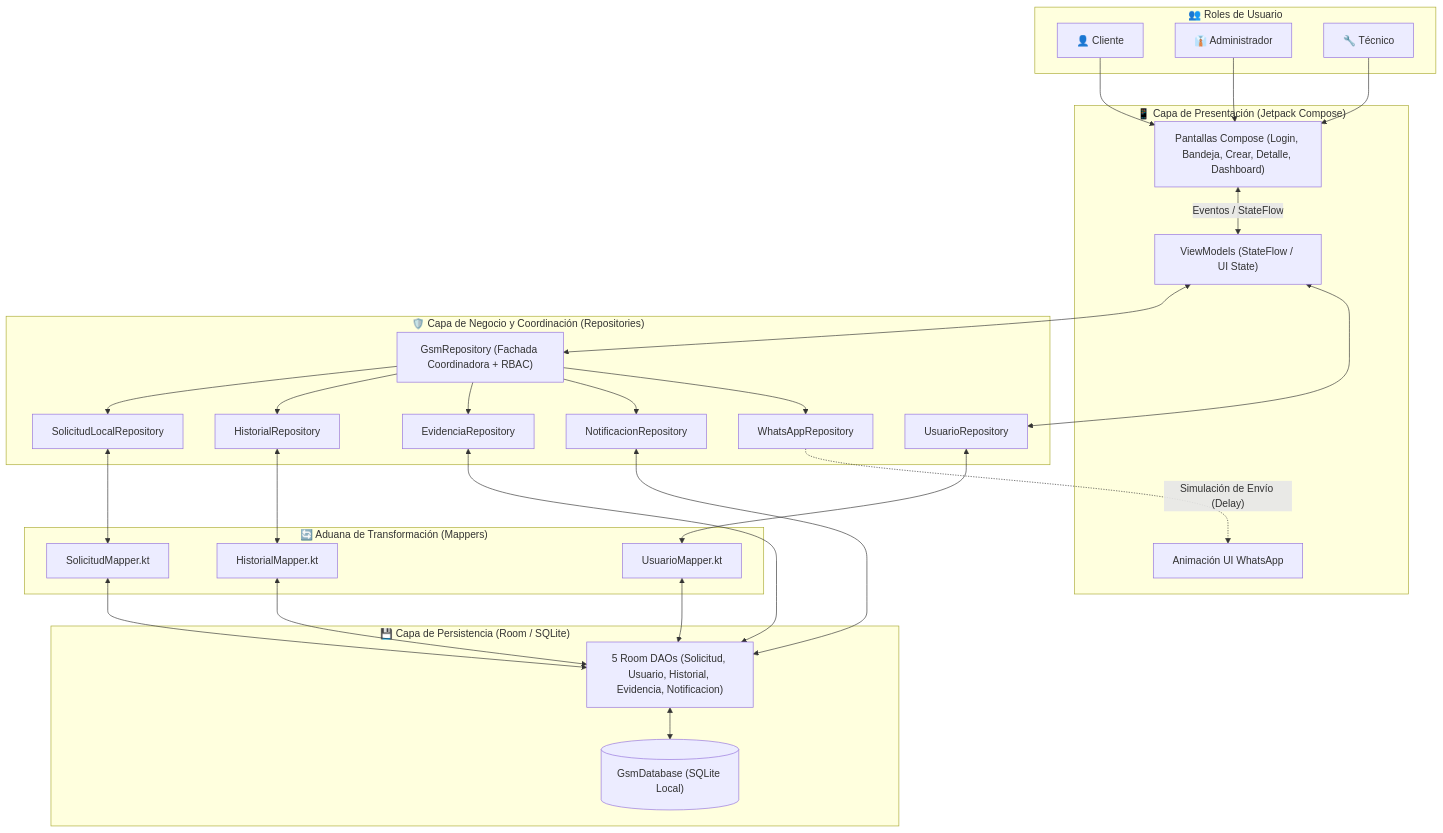
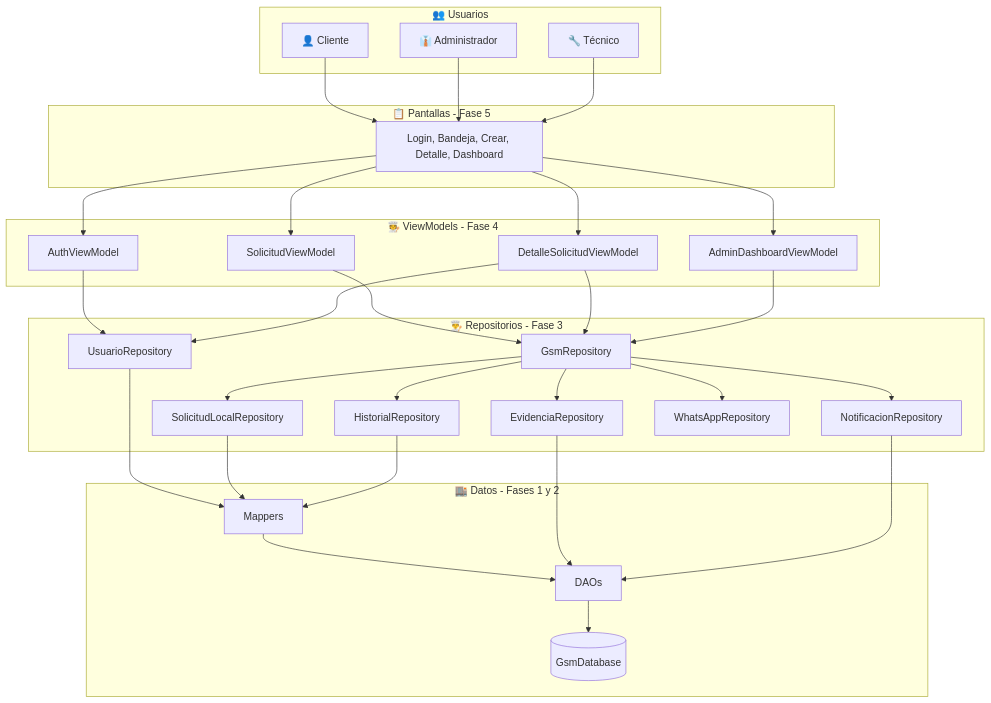
The first of 3 diagrams in README.md (Liz-Elizabeth/GSM), drawn with Mermaid before and after one commit. The commit also changed other lines of this file and 5 other files, not shown here.

````diff
--- a/README.md
+++ b/README.md
@@ -146,53 +265,46 @@
 ```mermaid
 flowchart TD
-    subgraph ACTORES ["👥 Roles de Usuario"]
+    subgraph ACTORES ["👥 Usuarios"]
         CLI["👤 Cliente"]
         ADM["👔 Administrador"]
         TEC["🔧 Técnico"]
     end
 
-    subgraph UI_LAYER ["📱 Capa de Presentación (Jetpack Compose)"]
-        UI["Pantallas Compose (Login, Bandeja, Crear, Detalle, Dashboard)"]
-        VM["ViewModels (StateFlow / UI State)"]
-        Anim["Animación UI WhatsApp"]
-        CLI & ADM & TEC --> UI
-        UI <--> |Eventos / StateFlow| VM
+    subgraph UI ["📋 Pantallas - Fase 5"]
+        SCREENS["Login, Bandeja, Crear, Detalle, Dashboard"]
     end
 
-    subgraph REPO_LAYER ["🛡️ Capa de Negocio y Coordinación (Repositories)"]
-        GsmRepo["GsmRepository (Fachada Coordinadora + RBAC)"]
-        UsrRepo["UsuarioRepository"]
-        SolLocalRepo["SolicitudLocalRepository"]
-        HistRepo["HistorialRepository"]
-        EvidRepo["EvidenciaRepository"]
-        NotifRepo["NotificacionRepository"]
-        WARepo["WhatsAppRepository"]
-
-        VM <--> GsmRepo
-        VM <--> UsrRepo
-        GsmRepo --> SolLocalRepo
-        GsmRepo --> HistRepo
-        GsmRepo --> EvidRepo
-        GsmRepo --> NotifRepo
-        GsmRepo --> WARepo
+    subgraph VM ["🧑‍🍳 ViewModels - Fase 4"]
+        AUTH["AuthViewModel"]
+        SOL["SolicitudViewModel"]
+        DET["DetalleSolicitudViewModel"]
+        DASH["AdminDashboardViewModel"]
     end
 
-    subgraph MAPPER_LAYER ["🔄 Aduana de Transformación (Mappers)"]
-        SM["SolicitudMapper.kt"]
-        UM["UsuarioMapper.kt"]
-        HM["HistorialMapper.kt"]
-        SolLocalRepo <--> SM
-        UsrRepo <--> UM
-        HistRepo <--> HM
+    subgraph REPO ["👨‍🍳 Repositorios - Fase 3"]
+        GSM["GsmRepository"]
+        USR["UsuarioRepository"]
+        LOC["SolicitudLocalRepository"]
+        HIS["HistorialRepository"]
+        EVI["EvidenciaRepository"]
+        NOT["NotificacionRepository"]
+        WA["WhatsAppRepository"]
     end
 
-    subgraph DATA_LAYER ["💾 Capa de Persistencia (Room / SQLite)"]
-        DAOs["5 Room DAOs (Solicitud, Usuario, Historial, Evidencia, Notificacion)"]
-        DB[("GsmDatabase (SQLite Local)")]
-        SM & UM & HM <--> DAOs
-        EvidRepo & NotifRepo <--> DAOs
-        DAOs <--> DB
+    subgraph DATA ["🏬 Datos - Fases 1 y 2"]
+        MAP["Mappers"]
+        DAO["DAOs"]
+        DB[("GsmDatabase")]
     end
 
-    WARepo -.->|"Simulación de Envío (Delay)"| Anim
+    CLI & ADM & TEC --> SCREENS
+    SCREENS --> AUTH & SOL & DET & DASH
+    AUTH --> USR
+    DET --> USR
+    SOL & DET & DASH --> GSM
+    GSM --> LOC & HIS & EVI & NOT & WA
+    USR & LOC & HIS --> MAP
+    MAP --> DAO
+    EVI & NOT --> DAO
+    DAO --> DB
 ```
````
